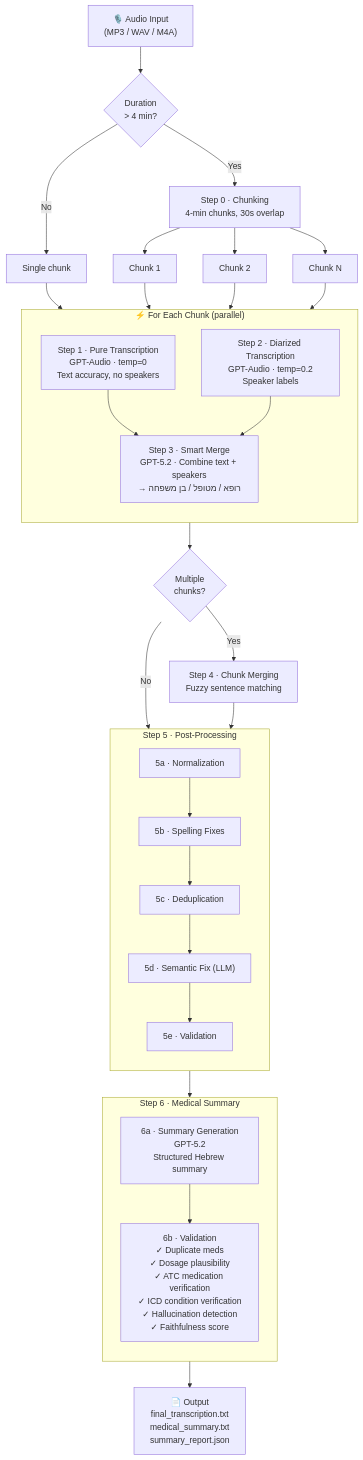
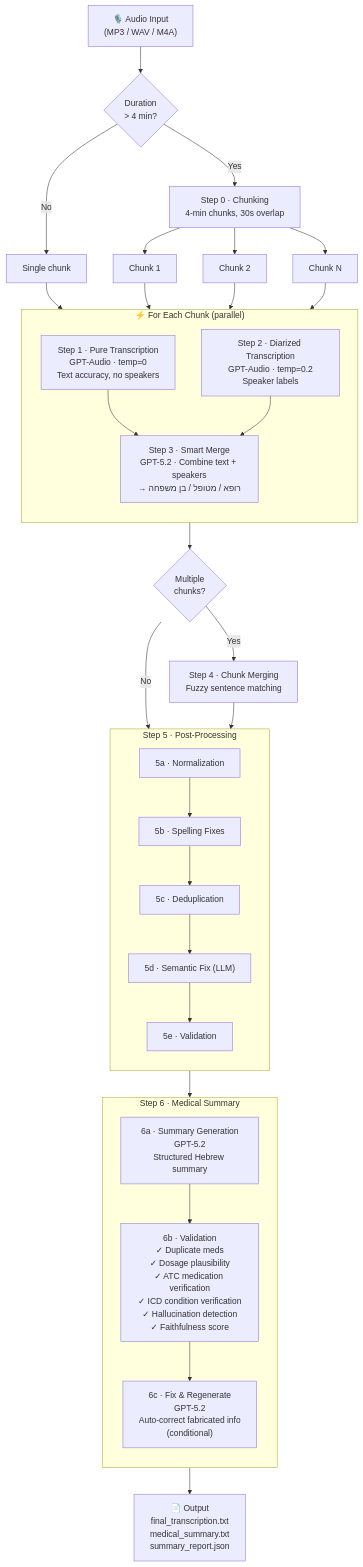
Before and after one commit to roie9876/medical-diarization: the diagram in README.md, drawn with Mermaid. The commit also changed other lines of this file, not shown here.

First line of the commit message:
docs: update README with Step 6c fix-and-regenerate documentation

````diff
--- a/README.md
+++ b/README.md
@@ -22,50 +22,51 @@
 ```mermaid
 flowchart TD
     A["🎙️ Audio Input<br/>(MP3 / WAV / M4A)"]
     A --> B{"Duration<br/>> 4 min?"}
 
     B -- No --> D1["Single chunk"]
     B -- Yes --> C["Step 0 · Chunking<br/>4-min chunks, 30s overlap"]
     C --> D2["Chunk 1"]
     C --> D3["Chunk 2"]
     C --> D4["Chunk N"]
 
     D1 --> PAR
     D2 --> PAR
     D3 --> PAR
     D4 --> PAR
 
     subgraph PAR["⚡ For Each Chunk (parallel)"]
         direction TB
         E1["Step 1 · Pure Transcription<br/>GPT-Audio · temp=0<br/>Text accuracy, no speakers"]
         E2["Step 2 · Diarized Transcription<br/>GPT-Audio · temp=0.2<br/>Speaker labels"]
         E1 --> F["Step 3 · Smart Merge<br/>GPT-5.2 · Combine text + speakers<br/>→ רופא / מטופל / בן משפחה"]
         E2 --> F
     end
 
     PAR --> G{"Multiple<br/>chunks?"}
     G -- Yes --> H["Step 4 · Chunk Merging<br/>Fuzzy sentence matching"]
     G -- No --> I
     H --> I
 
     subgraph I["Step 5 · Post-Processing"]
         direction TB
         SA["5a · Normalization"]
         SB["5b · Spelling Fixes"]
         SC["5c · Deduplication"]
         SD["5d · Semantic Fix (LLM)"]
         SE["5e · Validation"]
         SA --> SB --> SC --> SD --> SE
     end
 
     I --> K
 
     subgraph K["Step 6 · Medical Summary"]
         direction TB
         K1["6a · Summary Generation<br/>GPT-5.2<br/>Structured Hebrew summary"]
         K2["6b · Validation<br/>✓ Duplicate meds<br/>✓ Dosage plausibility<br/>✓ ATC medication verification<br/>✓ ICD condition verification<br/>✓ Hallucination detection<br/>✓ Faithfulness score"]
-        K1 --> K2
+        K3["6c · Fix & Regenerate<br/>GPT-5.2<br/>Auto-correct fabricated info<br/>(conditional)"]
+        K1 --> K2 --> K3
     end
 
     K --> J["📄 Output<br/>final_transcription.txt<br/>medical_summary.txt<br/>summary_report.json"]
 ```
````
